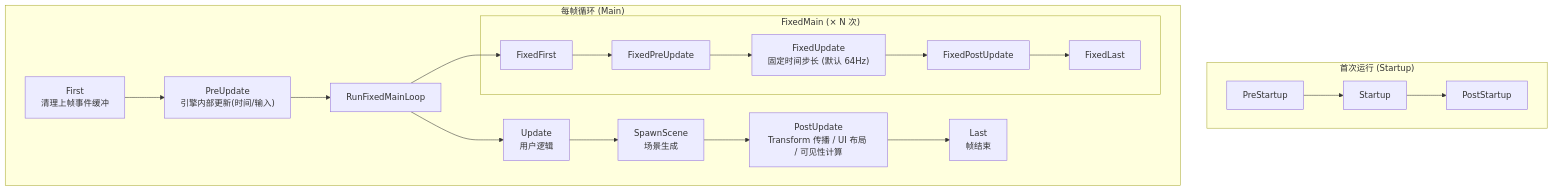
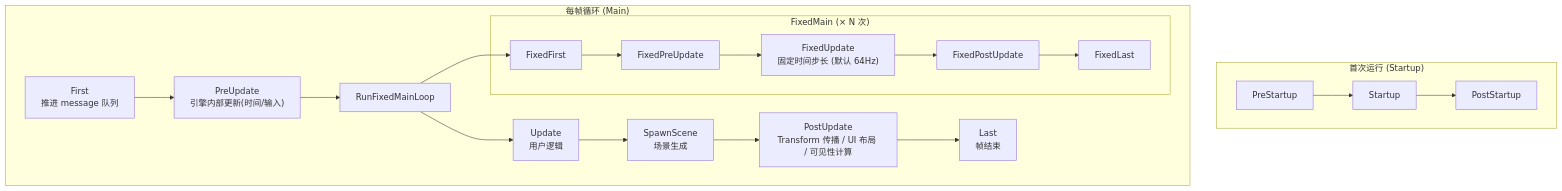
The second of 2 diagrams in src/ch02-app-plugin.md (ZhangHanDong/bevy-book), drawn with Mermaid before and after one commit. The commit also changed other lines of this file and 15 other files, not shown here.

````diff
--- a/src/ch02-app-plugin.md
+++ b/src/ch02-app-plugin.md
@@ -246,29 +244,29 @@
 ```mermaid
 graph TD
     subgraph Startup["首次运行 (Startup)"]
         S1["PreStartup"] --> S2["Startup"] --> S3["PostStartup"]
     end
 
     subgraph Main["每帧循环 (Main)"]
-        M1["First<br/>清理上帧事件缓冲"]
+        M1["First<br/>推进 message 队列"]
         M2["PreUpdate<br/>引擎内部更新(时间/输入)"]
         M3["RunFixedMainLoop"]
         M4["Update<br/>用户逻辑"]
         M5["SpawnScene<br/>场景生成"]
         M6["PostUpdate<br/>Transform 传播 / UI 布局 / 可见性计算"]
         M7["Last<br/>帧结束"]
 
         M1 --> M2 --> M3 --> M4 --> M5 --> M6 --> M7
 
         subgraph Fixed["FixedMain (× N 次)"]
             F1["FixedFirst"]
             F2["FixedPreUpdate"]
             F3["FixedUpdate<br/>固定时间步长 (默认 64Hz)"]
             F4["FixedPostUpdate"]
             F5["FixedLast"]
             F1 --> F2 --> F3 --> F4 --> F5
         end
 
         M3 --> F1
     end
 ```
````
